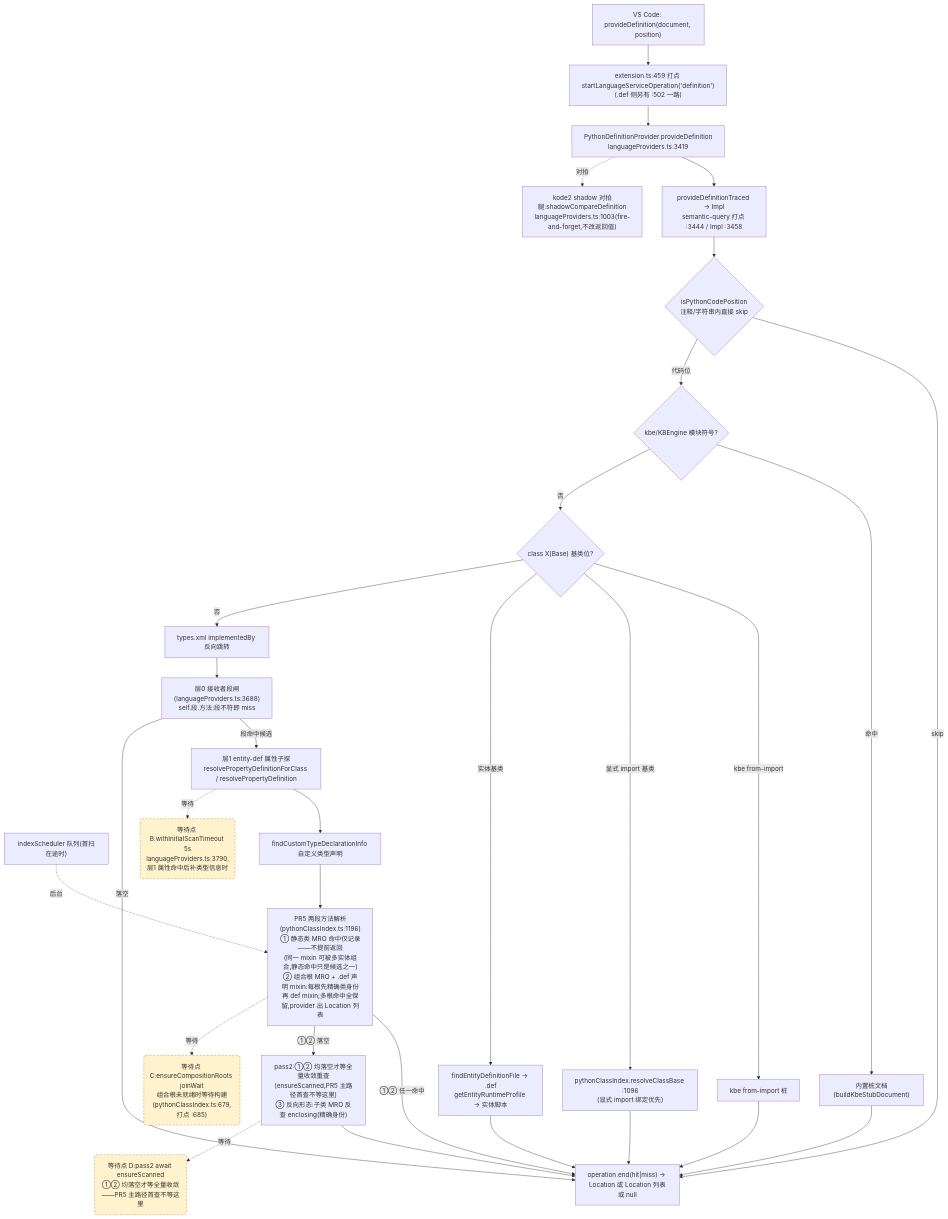
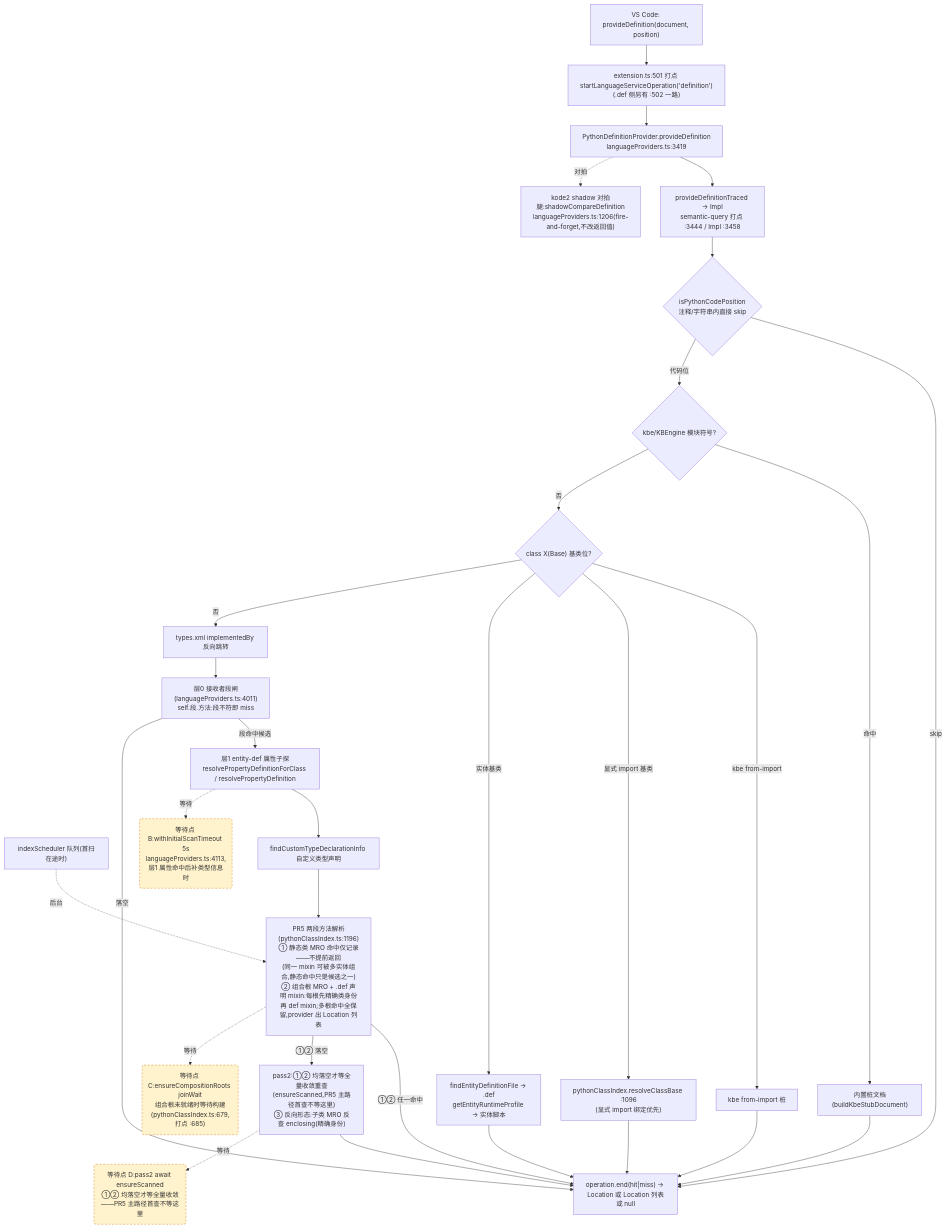
The second of 4 diagrams in docs/perf/2026-baseline.md (cuihairu/kode), drawn with Mermaid before and after one commit. The commit also changed other lines of this file and 2 other files, not shown here.

````diff
--- a/docs/perf/2026-baseline.md
+++ b/docs/perf/2026-baseline.md
@@ -128,51 +128,51 @@
 ```mermaid
 flowchart TD
   VC2["VS Code: provideDefinition(document, position)"]
-  M2["extension.ts:459 打点 startLanguageServiceOperation('definition')<br/>(.def 侧另有 :502 一路)"]
+  M2["extension.ts:501 打点 startLanguageServiceOperation('definition')<br/>(.def 侧另有 :502 一路)"]
   AD2["PythonDefinitionProvider.provideDefinition<br/>languageProviders.ts:3419"]
   TR["provideDefinitionTraced → Impl<br/>semantic-query 打点 :3444 / Impl :3458"]
   CTX{"isPythonCodePosition<br/>注释/字符串内直接 skip"}
   KBE{"kbe/KBEngine 模块符号?"}
   STUB["内置桩文档(buildKbeStubDocument)"]
   CB{"class X(Base) 基类位?"}
   CB1["kbe from-import 桩"]
   CB2["pythonClassIndex.resolveClassBase :1096<br/>(显式 import 绑定优先)"]
   CB3["findEntityDefinitionFile → .def<br/>getEntityRuntimeProfile → 实体脚本"]
   REV["types.xml implementedBy 反向跳转"]
-  L0["层0 接收者段闸(languageProviders.ts:3688)<br/>self.段.方法:段不符即 miss"]
+  L0["层0 接收者段闸(languageProviders.ts:4011)<br/>self.段.方法:段不符即 miss"]
   L1["层1 entity-def 属性子探<br/>resolvePropertyDefinitionForClass / resolvePropertyDefinition"]
   SCAN["indexScheduler 队列(首扫在途时)"]
   TY["findCustomTypeDeclarationInfo 自定义类型声明"]
   MRO["PR5 两段方法解析(pythonClassIndex.ts:1196)<br/>① 静态类 MRO 命中仅记录——不提前返回<br/>(同一 mixin 可被多实体组合,静态命中只是候选之一)<br/>② 组合根 MRO + .def 声明 mixin:每根先精确类身份<br/>再 def mixin;多根命中全保留,provider 出 Location 列表"]
   PASS2["pass2:①② 均落空才等全量收敛重查<br/>(ensureScanned,PR5 主路径首查不等这里)<br/>③ 反向形态:子类 MRO 反查 enclosing(精确身份)"]
-  SHD["kode2 shadow 对拍腿:shadowCompareDefinition<br/>languageProviders.ts:1003(fire-and-forget,不改返回值)"]
+  SHD["kode2 shadow 对拍腿:shadowCompareDefinition<br/>languageProviders.ts:1206(fire-and-forget,不改返回值)"]
   END2["operation.end(hit|miss) → Location 或 Location 列表或 null"]
 
   VC2 --> M2 --> AD2 --> TR --> CTX
   CTX -- "skip" --> END2
   CTX -- "代码位" --> KBE
   KBE -- "命中" --> STUB --> END2
   KBE -- "否" --> CB
   CB -- "kbe from-import" --> CB1 --> END2
   CB -- "显式 import 基类" --> CB2 --> END2
   CB -- "实体基类" --> CB3 --> END2
   CB -- "否" --> REV --> L0
   L0 -- "段命中候选" --> L1
   L0 -- "落空" --> END2
   L1 --> TY
   TY --> MRO
   MRO -- "①② 任一命中" --> END2
   MRO -- "①② 落空" --> PASS2 --> END2
   AD2 -.->|对拍| SHD
 
-  WAITB("等待点 B:withInitialScanTimeout 5s<br/>languageProviders.ts:3790,层1 属性命中后补类型信息时")
+  WAITB("等待点 B:withInitialScanTimeout 5s<br/>languageProviders.ts:4113,层1 属性命中后补类型信息时")
   WAITC("等待点 C:ensureCompositionRoots joinWait<br/>组合根未就绪时等待构建(pythonClassIndex.ts:679,打点 :685)")
   WAITD("等待点 D:pass2 await ensureScanned<br/>①② 均落空才等全量收敛——PR5 主路径首查不等这里")
   L1 -.->|等待| WAITB
   MRO -.->|等待| WAITC
   PASS2 -.->|等待| WAITD
   SCAN -.->|后台| MRO
 
   classDef waitPoint fill:#fff3cd,stroke:#d97706,stroke-dasharray:5 4;
   class WAITB,WAITC,WAITD waitPoint;
 ```
````
